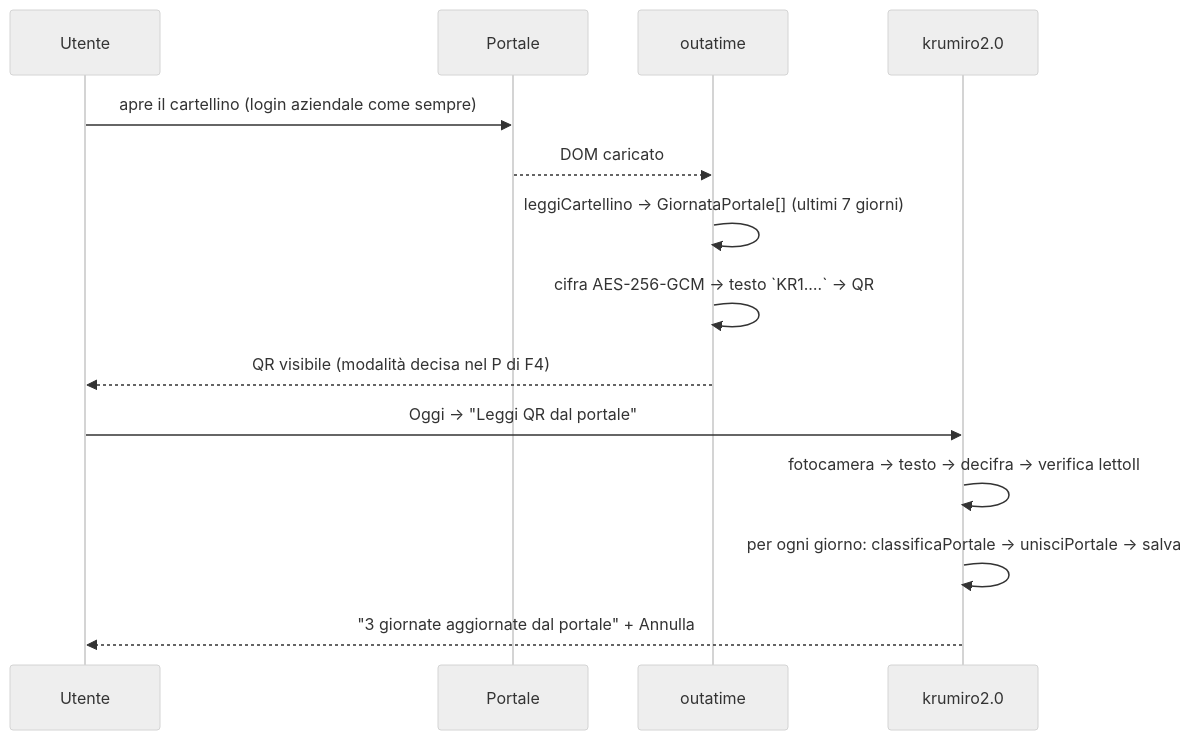
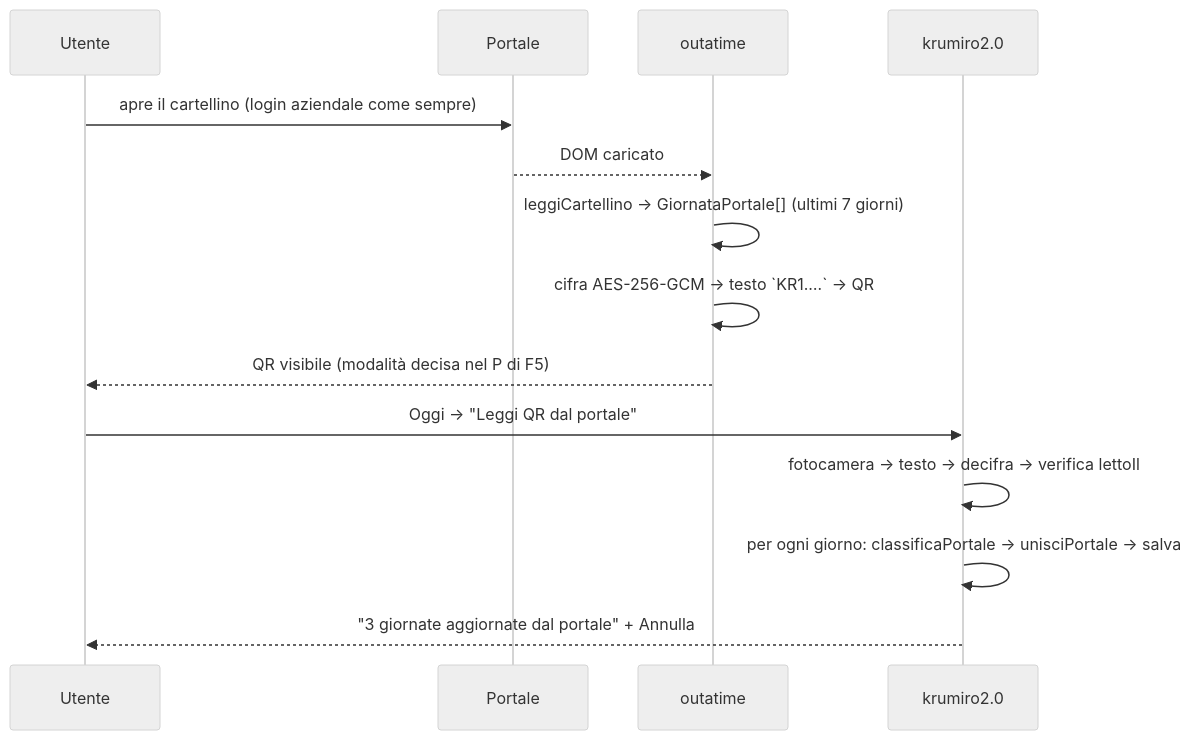
The second of 2 diagrams in docs/architecture/integrazione-outatime.md (gcampa/krumiro2.0), drawn with Mermaid (neutral theme) before and after one commit. The commit also changed other lines of this file and 10 other files, not shown here.

````diff
--- a/docs/architecture/integrazione-outatime.md
+++ b/docs/architecture/integrazione-outatime.md
@@ -81,16 +81,16 @@
 ```mermaid
 sequenceDiagram
     participant U as Utente
     participant P as Portale
     participant O as outatime
     participant K as krumiro2.0
     U->>P: apre il cartellino (login aziendale come sempre)
     P-->>O: DOM caricato
     O->>O: leggiCartellino → GiornataPortale[] (ultimi 7 giorni)
     O->>O: cifra AES-256-GCM → testo `KR1.…` → QR
-    O-->>U: QR visibile (modalità decisa nel P di F4)
+    O-->>U: QR visibile (modalità decisa nel P di F5)
     U->>K: Oggi → "Leggi QR dal portale"
     K->>K: fotocamera → testo → decifra → verifica lettoIl
     K->>K: per ogni giorno: classificaPortale → unisciPortale → salva
     K-->>U: "3 giornate aggiornate dal portale" + Annulla
 ```
````
